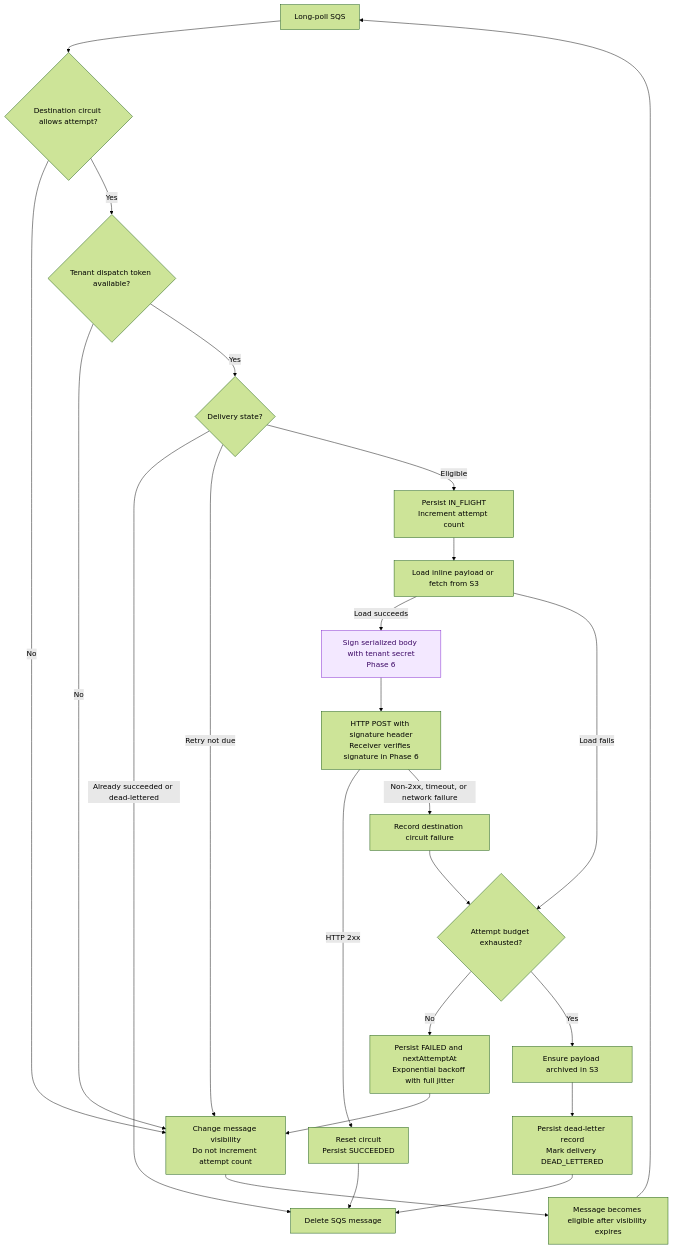
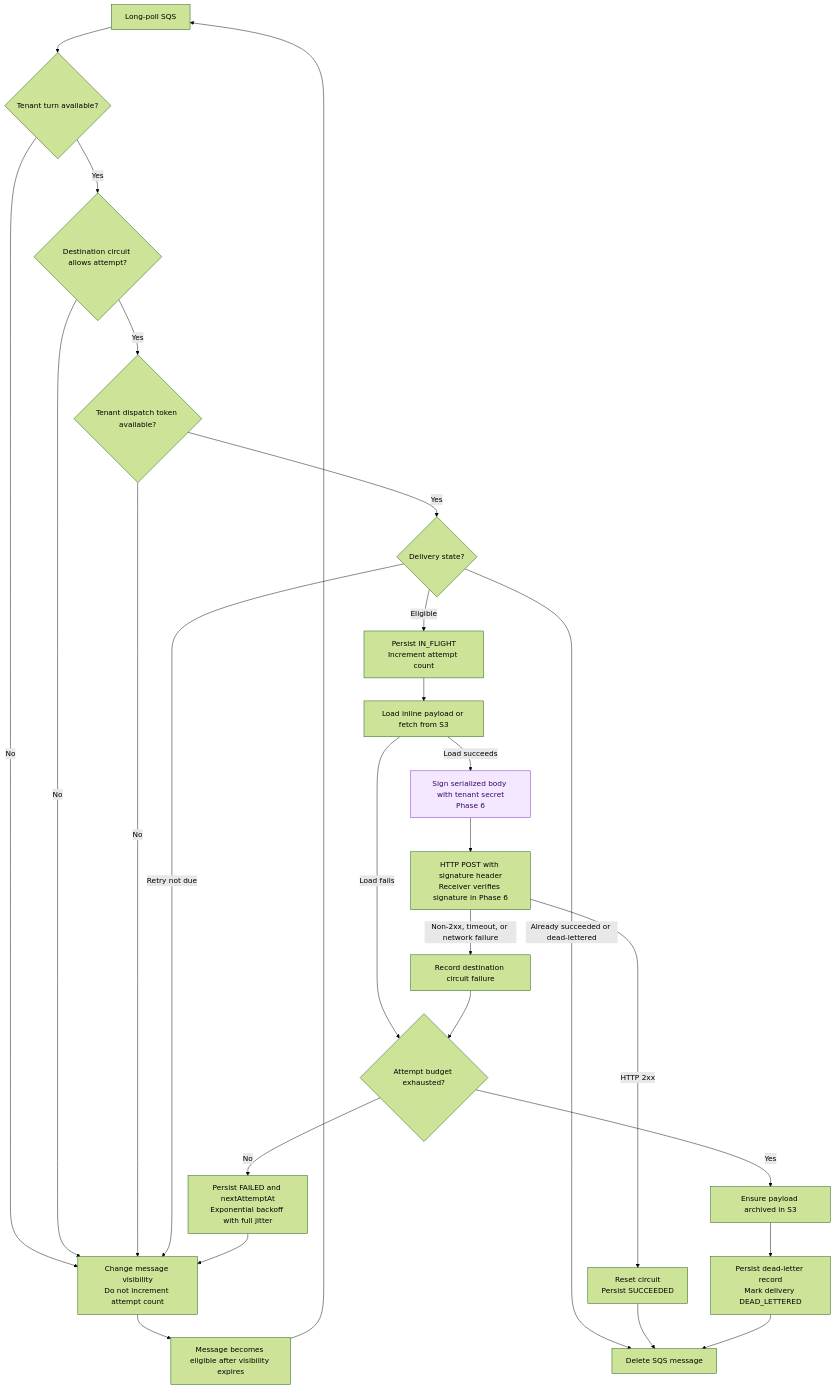
The third of 4 diagrams in docs/waybill-architecture.md (shreya-mishra325/waybill), drawn with Mermaid (forest theme) before and after one commit. The commit also changed other lines of this file and 2 other files, not shown here.

Commit message:
docs: record phase 5 fairness results and worker architecture

````diff
--- a/docs/waybill-architecture.md
+++ b/docs/waybill-architecture.md
@@ -121,29 +121,31 @@
 ```mermaid
 flowchart TD
-  receive["Long-poll SQS"] --> circuit{"Destination circuit allows attempt?"}
+  receive["Long-poll SQS"] --> turn{"Tenant turn available?"}
+  turn -->|"No"| defer
+  turn -->|"Yes"| circuit{"Destination circuit allows attempt?"}
   circuit -->|"No"| defer["Change message visibility<br/>Do not increment attempt count"]
   circuit -->|"Yes"| tokens{"Tenant dispatch token available?"}
   tokens -->|"No"| defer
   tokens -->|"Yes"| state{"Delivery state?"}
   state -->|"Already succeeded or dead-lettered"| remove["Delete SQS message"]
   state -->|"Retry not due"| defer
   state -->|"Eligible"| attempt["Persist IN_FLIGHT<br/>Increment attempt count"]
   attempt --> payload["Load inline payload or fetch from S3"]
   payload -->|"Load succeeds"| sign["Sign serialized body with tenant secret<br/>Phase 6"]
   payload -->|"Load fails"| exhausted{"Attempt budget exhausted?"}
   sign --> post["HTTP POST with signature header<br/>Receiver verifies signature in Phase 6"]
   post -->|"HTTP 2xx"| success["Reset circuit<br/>Persist SUCCEEDED"]
   success --> remove
   post -->|"Non-2xx, timeout, or network failure"| failure["Record destination circuit failure"]
   failure --> exhausted
   exhausted -->|"No"| retry["Persist FAILED and nextAttemptAt<br/>Exponential backoff with full jitter"]
   retry --> defer
   exhausted -->|"Yes"| archive["Ensure payload archived in S3"]
   archive --> dead["Persist dead-letter record<br/>Mark delivery DEAD_LETTERED"]
   dead --> remove
   defer --> later["Message becomes eligible after visibility expires"]
   later --> receive
 
   classDef planned fill:#f3e8ff,stroke:#7e22ce,color:#3b0764;
   class sign planned;
 ```
````
